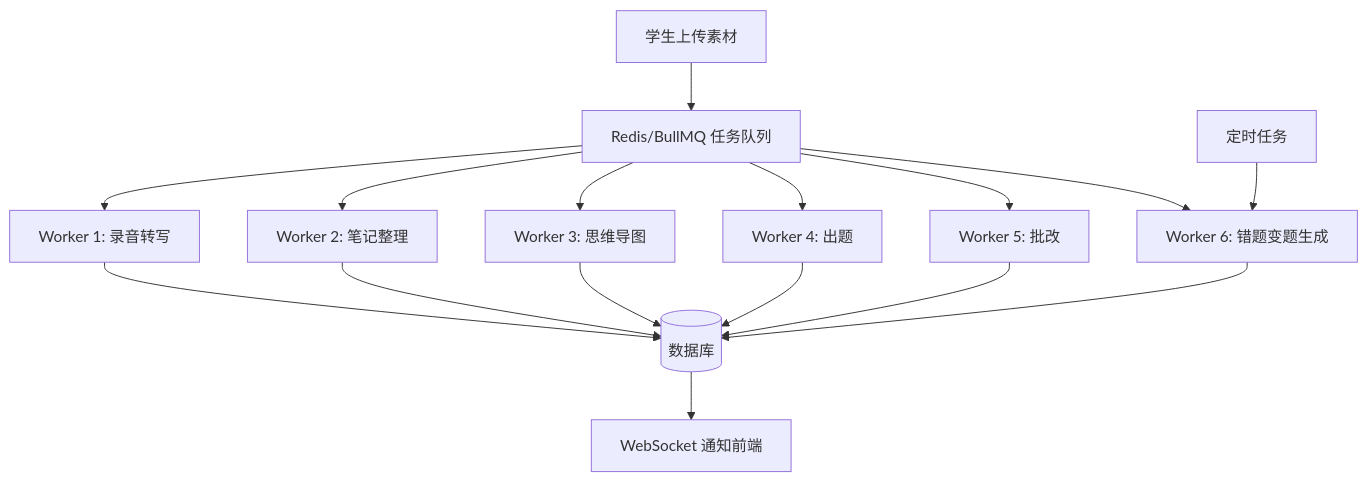
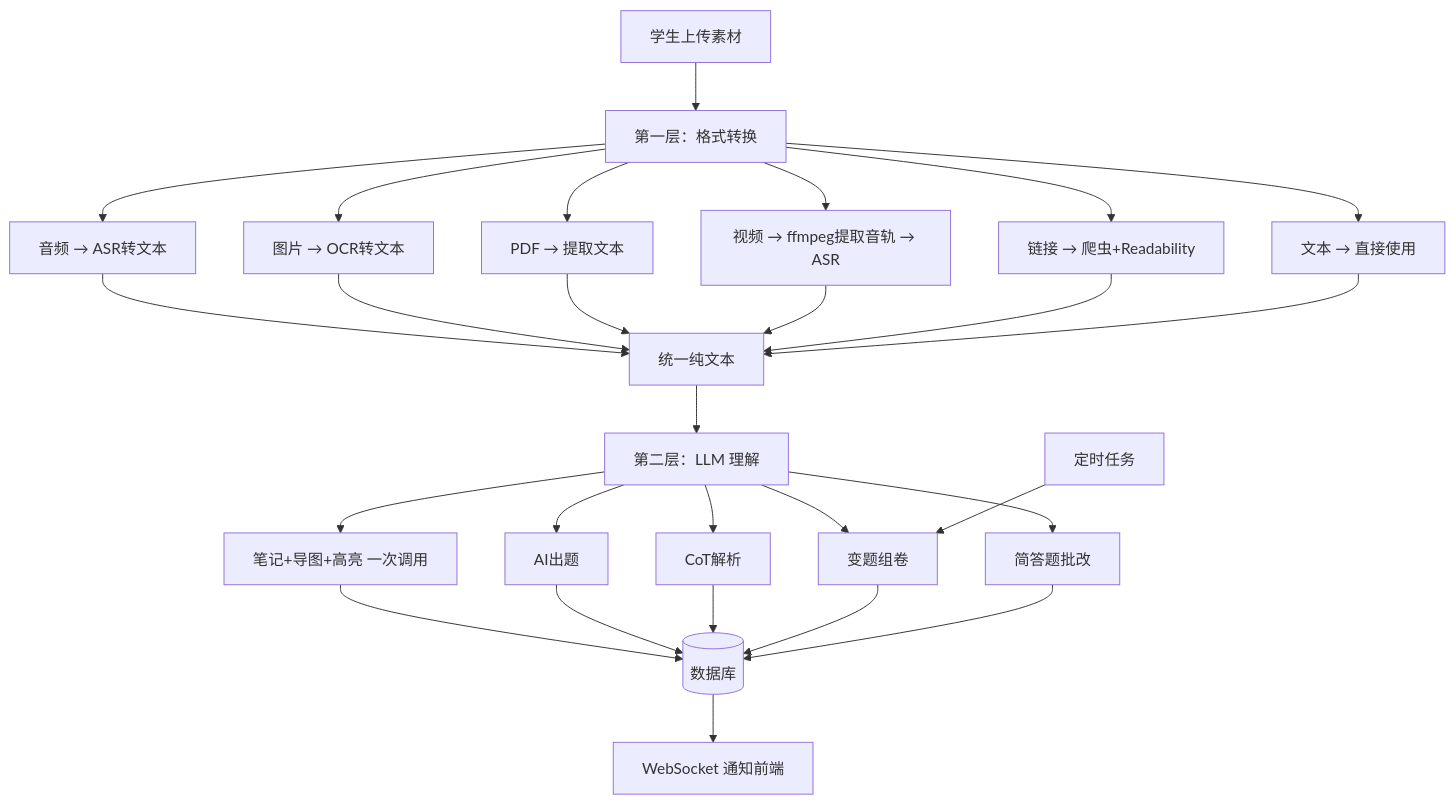
Before and after one commit to everything-is-simple/ai-studybuddy: the fourth of 4 diagrams in docs/ARCHITECTURE.md, drawn with Mermaid. The commit also changed other lines of this file and 5 other files, not shown here.

````diff
--- a/docs/ARCHITECTURE.md
+++ b/docs/ARCHITECTURE.md
@@ -983,18 +1040,29 @@
 ```mermaid
 graph TB
-    UPLOAD[学生上传素材] --> QUEUE[Redis/BullMQ 任务队列]
-    QUEUE --> W1[Worker 1: 录音转写]
-    QUEUE --> W2[Worker 2: 笔记整理]
-    QUEUE --> W3[Worker 3: 思维导图]
-    QUEUE --> W4[Worker 4: 出题]
-    QUEUE --> W5[Worker 5: 批改]
-    QUEUE --> W6[Worker 6: 错题变题生成]
-    CRON[定时任务] --> W6
+    UPLOAD[学生上传素材] --> LAYER1[第一层：格式转换]
+    LAYER1 --> L1A[音频 → ASR转文本]
+    LAYER1 --> L1B[图片 → OCR转文本]
+    LAYER1 --> L1C[PDF → 提取文本]
+    LAYER1 --> L1D[视频 → ffmpeg提取音轨 → ASR]
+    LAYER1 --> L1E[链接 → 爬虫+Readability]
+    LAYER1 --> L1F[文本 → 直接使用]
+    L1A --> PURE_TEXT[统一纯文本]
+    L1B --> PURE_TEXT
+    L1C --> PURE_TEXT
+    L1D --> PURE_TEXT
+    L1E --> PURE_TEXT
+    L1F --> PURE_TEXT
+    PURE_TEXT --> LAYER2[第二层：LLM 理解]
+    LAYER2 --> W1[笔记+导图+高亮 一次调用]
+    LAYER2 --> W2[AI出题]
+    LAYER2 --> W3[CoT解析]
+    LAYER2 --> W4[变题组卷]
+    LAYER2 --> W5[简答题批改]
+    CRON[定时任务] --> W4
     W1 --> DB[(数据库)]
     W2 --> DB
     W3 --> DB
     W4 --> DB
     W5 --> DB
-    W6 --> DB
     DB --> NOTIFY[WebSocket 通知前端]
 ```
````
